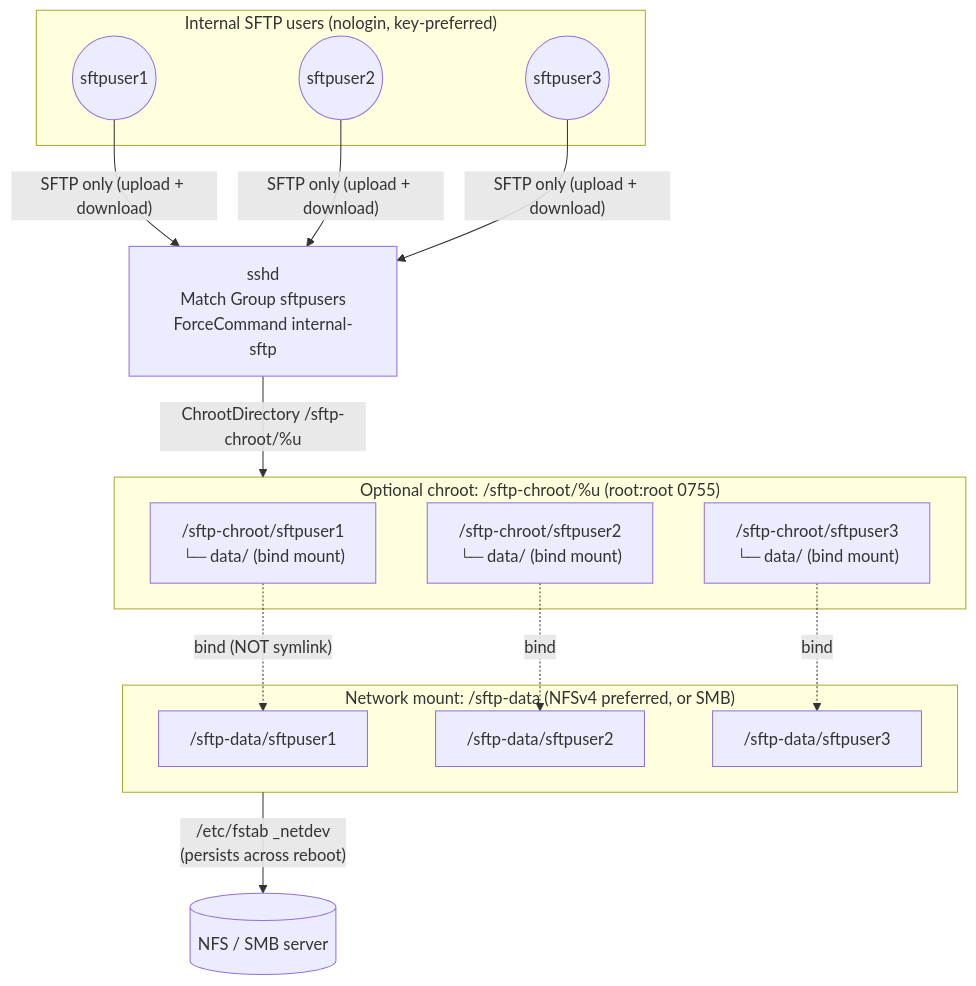
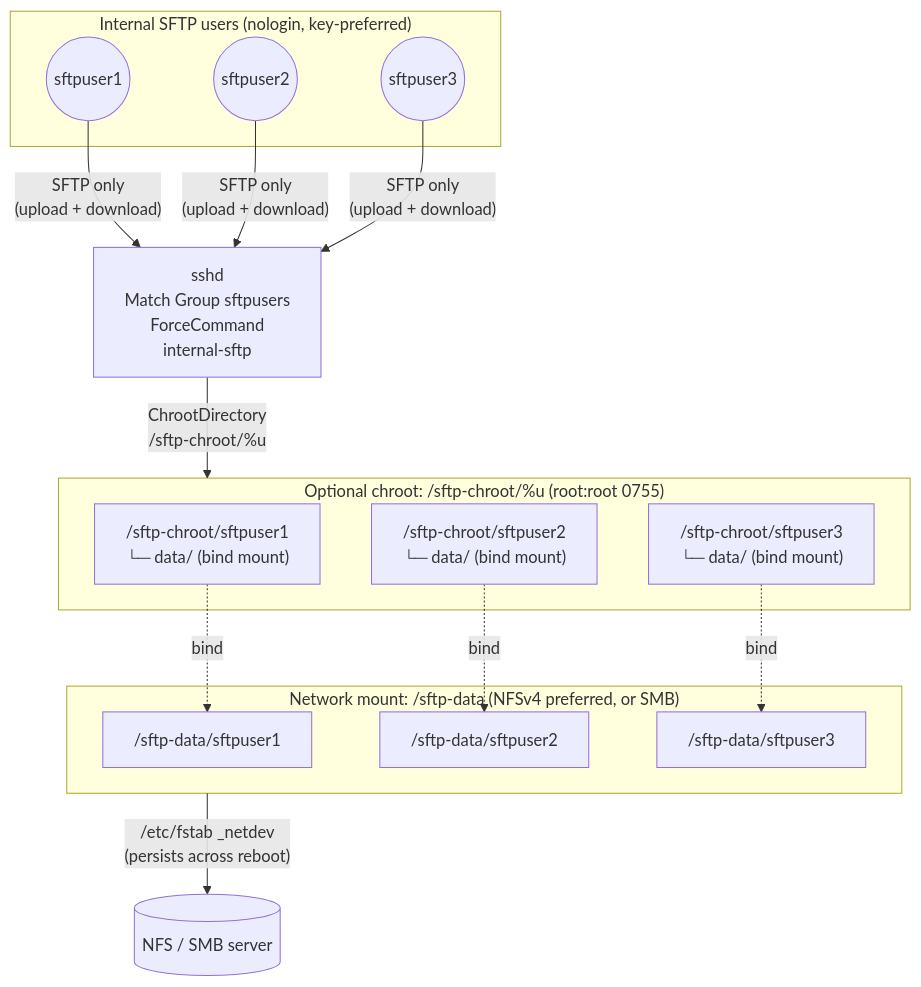
The diagram in sftp-server-rhel8/ARCHITECTURE.md (dxcSithLord/Raspberry-PI-scripts), drawn with Mermaid before and after one commit. The commit also changed other lines of this file, not shown here.

Commit message:
Review of document
Updated to remove negative statements, things that were not done or are not implemented.

````diff
--- a/sftp-server-rhel8/ARCHITECTURE.md
+++ b/sftp-server-rhel8/ARCHITECTURE.md
@@ -34,30 +32,30 @@
 ```mermaid
 flowchart TB
     subgraph USERS["Internal SFTP users (nologin, key-preferred)"]
         U1(("sftpuser1"))
         U2(("sftpuser2"))
         U3(("sftpuser3"))
     end
 
-    U1 & U2 & U3 -->|"SFTP only (upload + download)"| SSHD["sshd\nMatch Group sftpusers\nForceCommand internal-sftp"]
+    U1 & U2 & U3 -->|"SFTP only\n (upload + download)"| SSHD["sshd\nMatch Group sftpusers\nForceCommand\n internal-sftp"]
 
     subgraph JAILS["Optional chroot: /sftp-chroot/%u  (root:root 0755)"]
         J1["/sftp-chroot/sftpuser1\n└─ data/  (bind mount)"]
         J2["/sftp-chroot/sftpuser2\n└─ data/  (bind mount)"]
         J3["/sftp-chroot/sftpuser3\n└─ data/  (bind mount)"]
     end
 
-    SSHD -->|"ChrootDirectory /sftp-chroot/%u"| JAILS
+    SSHD -->|" ChrootDirectory \n /sftp-chroot/%u "| JAILS
 
     subgraph SHARE["Network mount: /sftp-data  (NFSv4 preferred, or SMB)"]
         D1["/sftp-data/sftpuser1"]
         D2["/sftp-data/sftpuser2"]
         D3["/sftp-data/sftpuser3"]
     end
 
-    J1 -. "bind (NOT symlink)" .-> D1
-    J2 -. "bind" .-> D2
-    J3 -. "bind" .-> D3
+    J1 -. " bind " .-> D1
+    J2 -. " bind " .-> D2
+    J3 -. " bind " .-> D3
 
     SHARE -->|"/etc/fstab _netdev\n(persists across reboot)"| REMOTE[("NFS / SMB server")]
 ```
````
